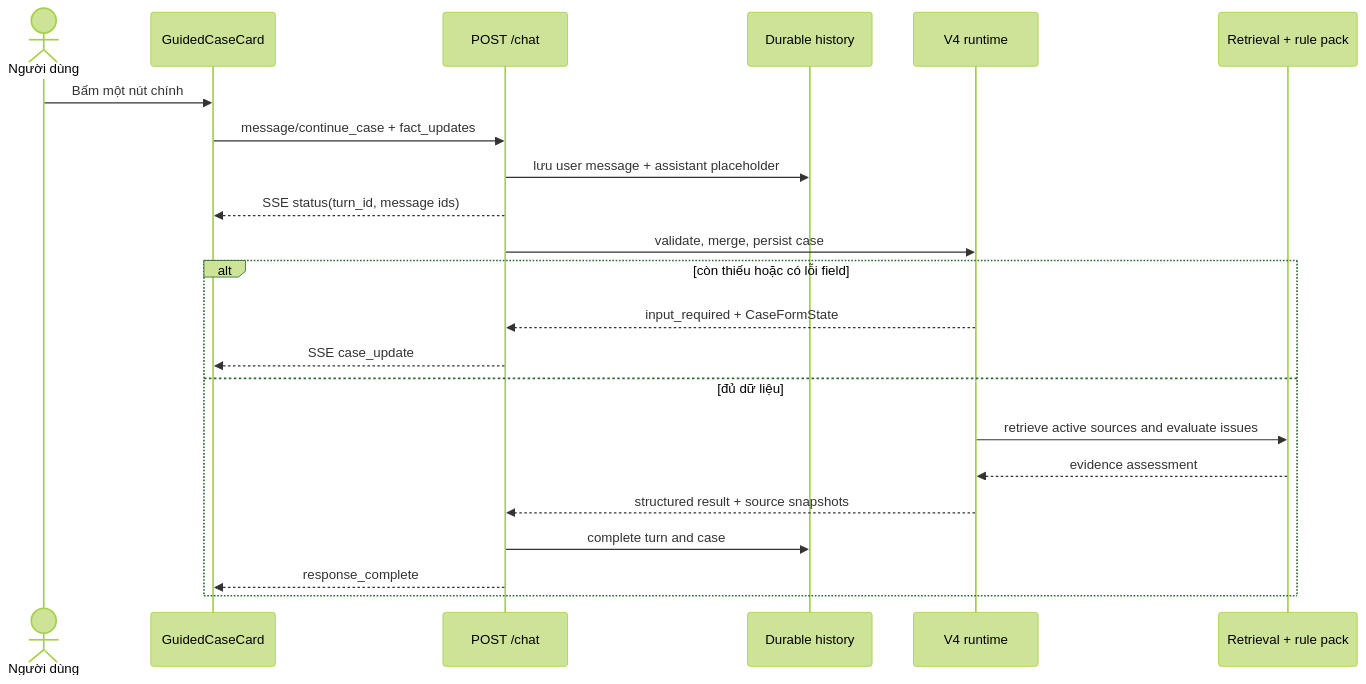
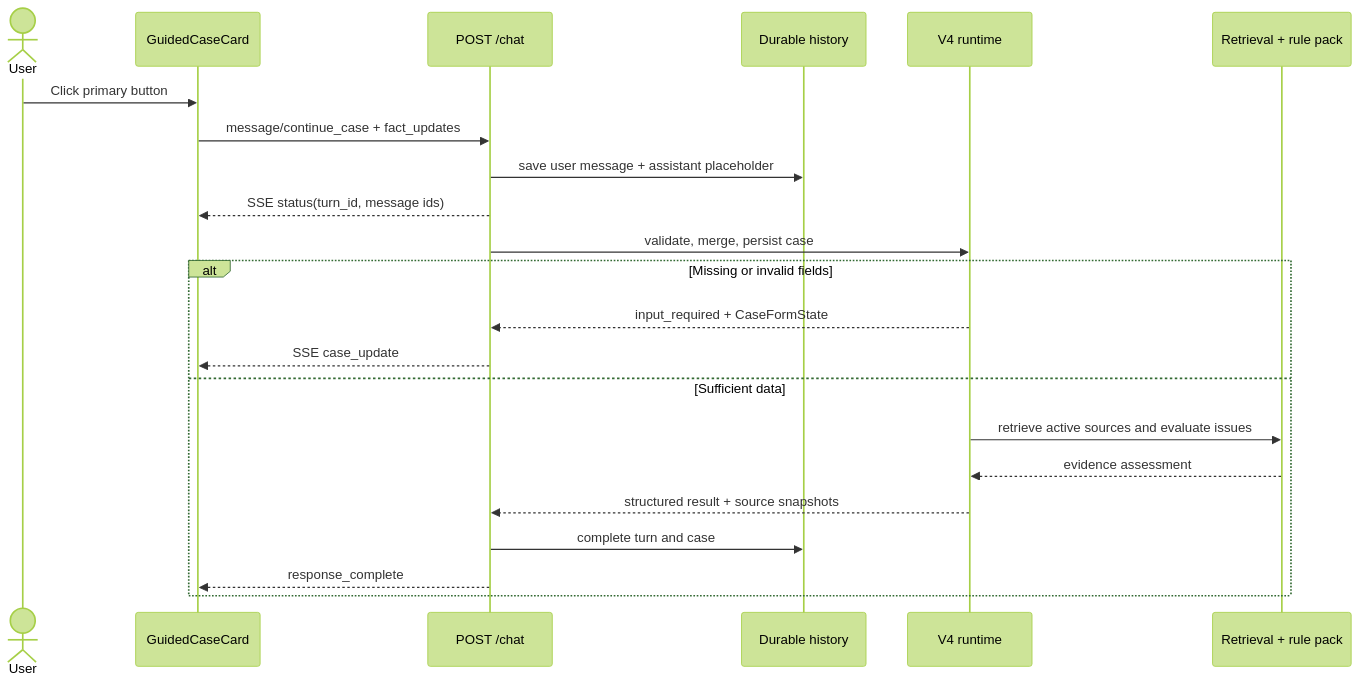
Before and after one commit to taitran501/vietnam-legal-agent: the second of 4 diagrams in docs/architecture/guided-user-flows.md, drawn with Mermaid (forest theme). The commit also changed other lines of this file and 28 other files, not shown here.

````diff
--- a/docs/architecture/guided-user-flows.md
+++ b/docs/architecture/guided-user-flows.md
@@ -40,25 +44,25 @@
 ```mermaid
 sequenceDiagram
-    actor User as Người dùng
+    actor User as User
     participant UI as GuidedCaseCard
     participant API as POST /chat
     participant Store as Durable history
     participant V4 as V4 runtime
     participant Legal as Retrieval + rule pack
 
-    User->>UI: Bấm một nút chính
+    User->>UI: Click primary button
     UI->>API: message/continue_case + fact_updates
-    API->>Store: lưu user message + assistant placeholder
+    API->>Store: save user message + assistant placeholder
     API-->>UI: SSE status(turn_id, message ids)
     API->>V4: validate, merge, persist case
-    alt còn thiếu hoặc có lỗi field
+    alt Missing or invalid fields
         V4-->>API: input_required + CaseFormState
         API-->>UI: SSE case_update
-    else đủ dữ liệu
+    else Sufficient data
         V4->>Legal: retrieve active sources and evaluate issues
         Legal-->>V4: evidence assessment
         V4-->>API: structured result + source snapshots
         API->>Store: complete turn and case
         API-->>UI: response_complete
     end
 ```
````
